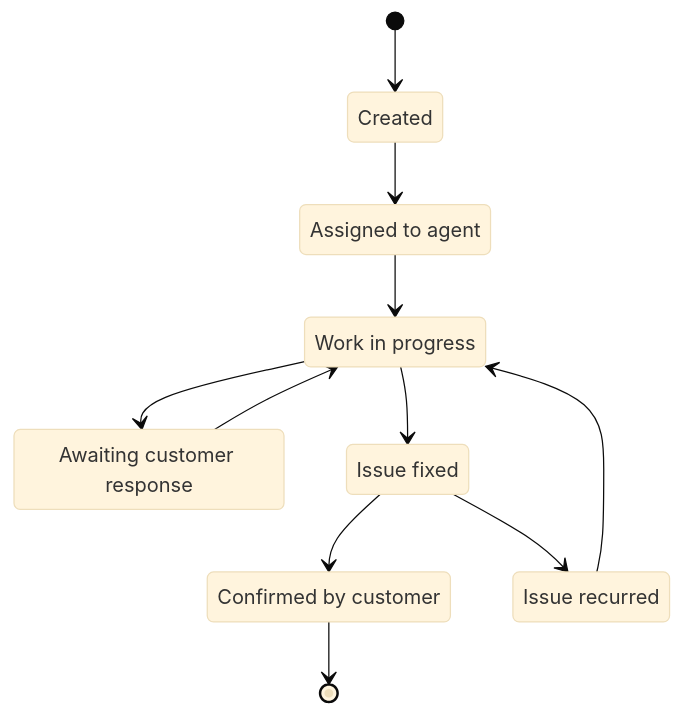
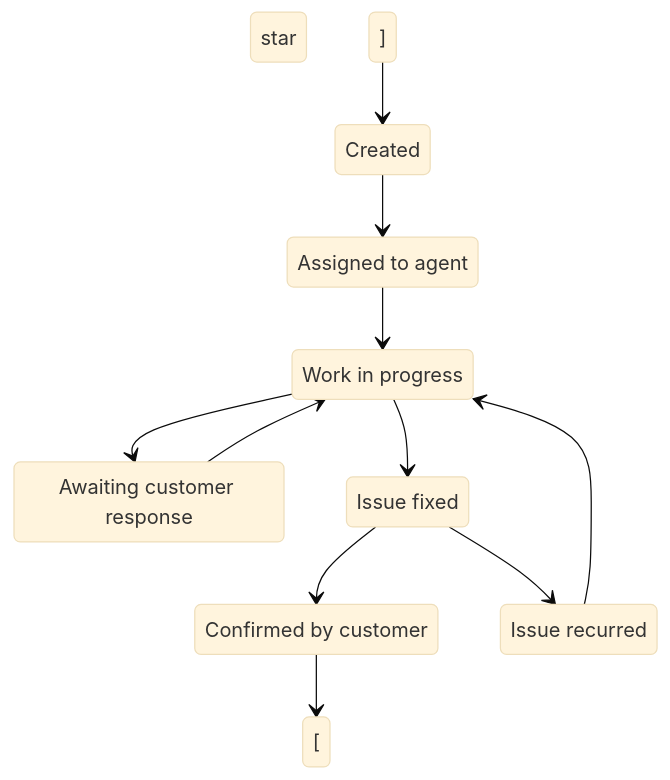
Before and after one commit to eltonaguiar/ServiceNow_Learning_TSOM-_CSM_FSM_SalesCRM_HAM_ITSM: the sixth of 7 diagrams in docs/modules/sales-crm/sales-crm-guide.md, drawn with Mermaid (base theme). The commit also changed other lines of this file and 19 other files, not shown here.

Commit message:
Fix all Mermaid diagram special characters - replace dollar, parens, slashes, quotes, pipes, nested brackets and other unsafe chars inside brackets with safe alternatives across 19 files

````diff
--- a/docs/modules/sales-crm/sales-crm-guide.md
+++ b/docs/modules/sales-crm/sales-crm-guide.md
@@ -791,21 +791,21 @@
 ```mermaid
 stateDiagram-v2
-    [*] --> New
+    [ star ] --> New
     New --> Assigned
     Assigned --> In_Progress
     In_Progress --> Waiting_on_Customer
     Waiting_on_Customer --> In_Progress
     In_Progress --> Resolved
     Resolved --> Closed
     Resolved --> Reopened
     Reopened --> In_Progress
-    Closed --> [*]
+    Closed --> [ star ]
 
     New : Created
     Assigned : Assigned to agent
     In_Progress : Work in progress
     Waiting_on_Customer : Awaiting customer response
     Resolved : Issue fixed
     Closed : Confirmed by customer
     Reopened : Issue recurred
 ```
````
